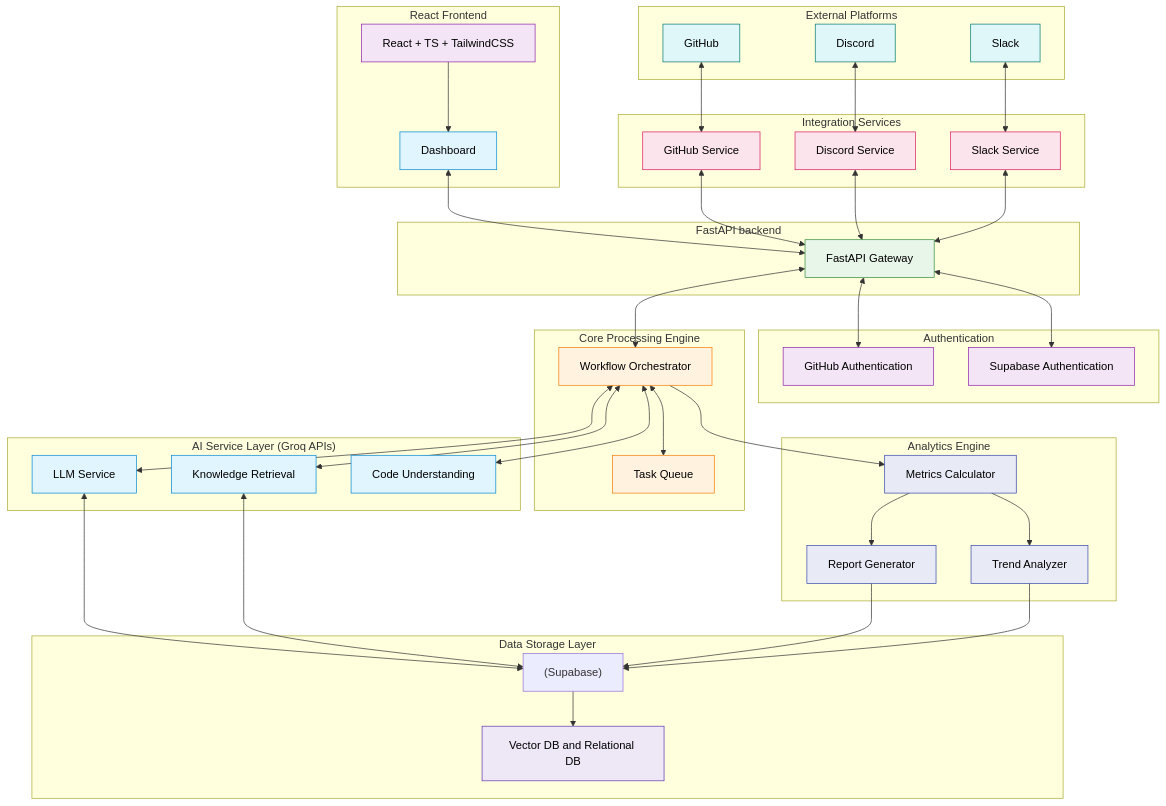
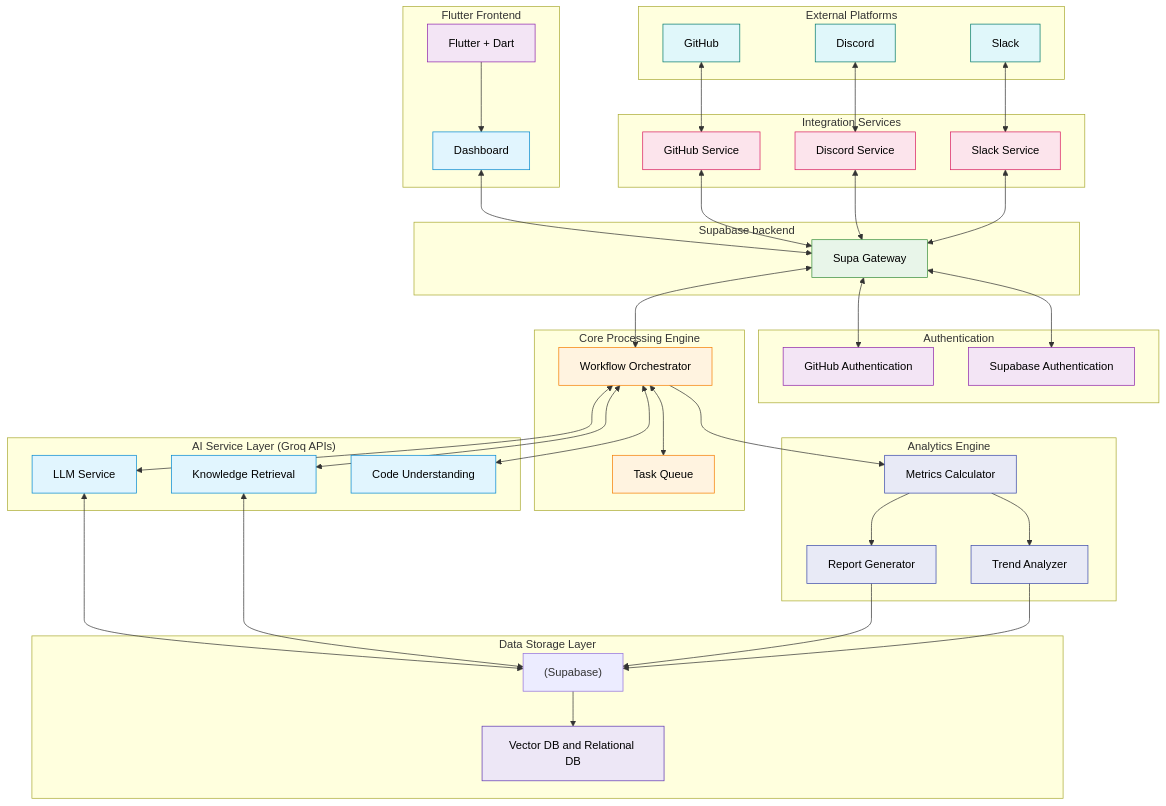
One commit to prakharsingh-74/Docpilot changed the first of 9 diagrams in README.md. Above: the diagram before and after it, drawn with Mermaid. The commit also changed other lines of this file, not shown here.

```diff
--- a/README.md
+++ b/README.md
@@ -36,15 +36,15 @@
         SL["Slack"]
     end
 
-    %% React Frontend
-    subgraph "React Frontend"
-        FRONT["React + TS + TailwindCSS"]
+    %% Flutter Frontend
+    subgraph "Flutter Frontend"
+        FRONT["Flutter + Dart"]
         DASH["Dashboard"]
     end
 
-    %% FastAPI Backend
-    subgraph "FastAPI backend"
-        API["FastAPI Gateway"]
+    %% Supabase Backend
+    subgraph "Supabase backend"
+        API["Supa Gateway"]
     end
 
     %% Authentication
```
